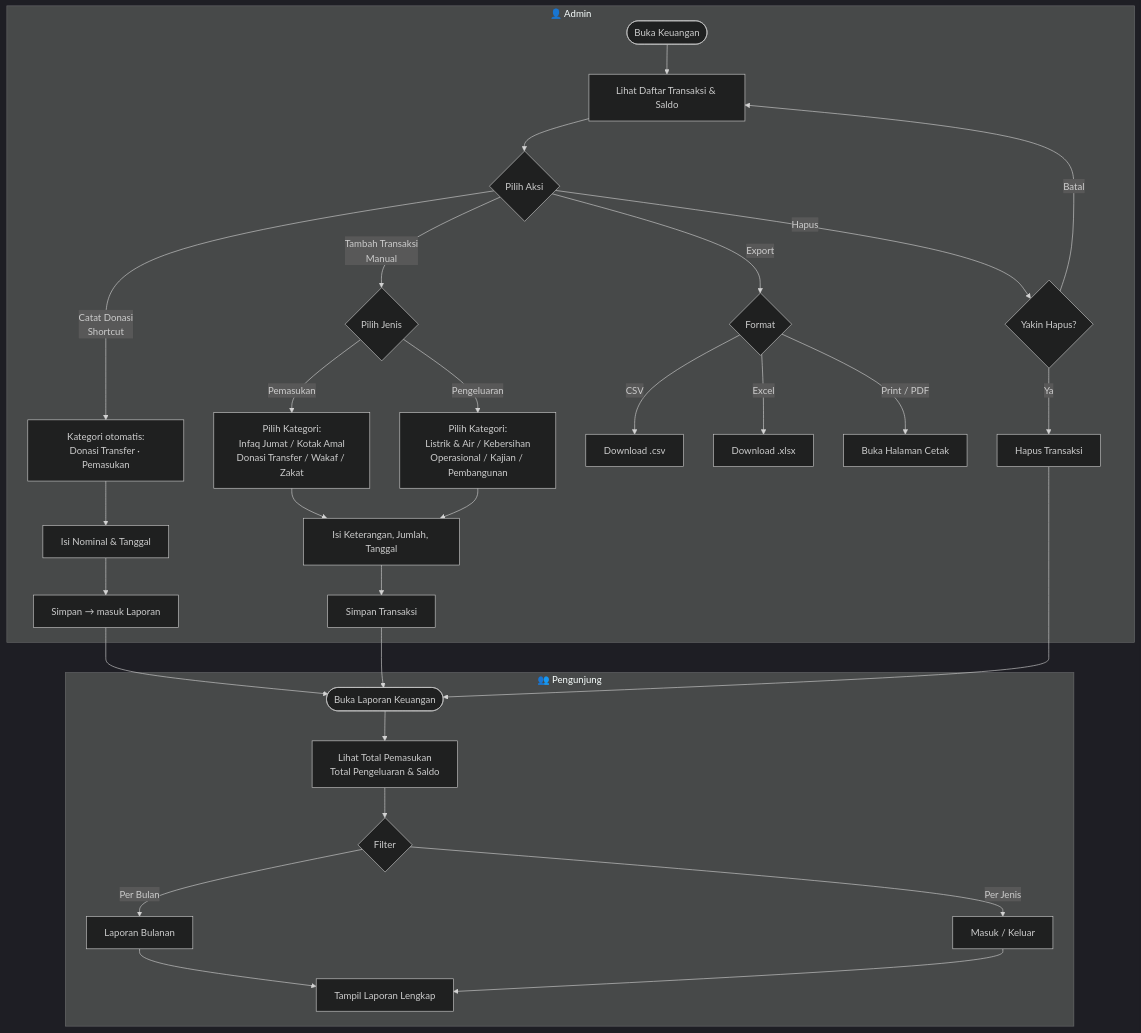
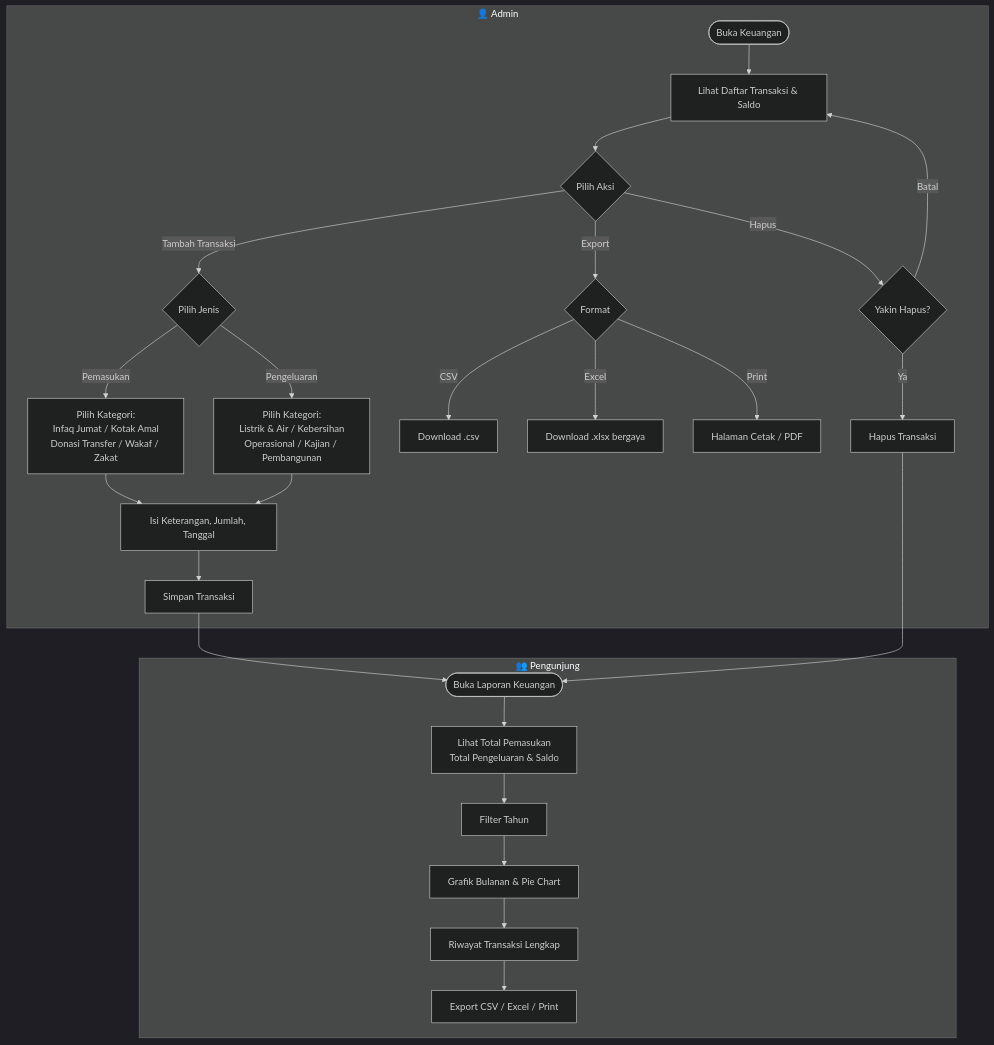
Before and after one commit to nabilhatami86/masjid-al-hidayah: the sixth of 7 diagrams in ERD.md, drawn with Mermaid (dark theme). The commit also changed other lines of this file and 19 other files, not shown here.

````diff
--- a/ERD.md
+++ b/ERD.md
@@ -300,40 +429,34 @@
 ```mermaid
 flowchart TD
     subgraph ADMIN["👤 Admin"]
         A1([Buka Keuangan]) --> A2[Lihat Daftar Transaksi & Saldo]
         A2 --> A3{Pilih Aksi}
 
-        A3 -- Catat Donasi\nShortcut --> A4[Kategori otomatis:\nDonasi Transfer · Pemasukan]
-        A4 --> A5[Isi Nominal & Tanggal]
-        A5 --> A6[Simpan → masuk Laporan]
+        A3 -- Tambah Transaksi --> A4{Pilih Jenis}
+        A4 -- Pemasukan --> A5[Pilih Kategori:\nInfaq Jumat / Kotak Amal\nDonasi Transfer / Wakaf / Zakat]
+        A4 -- Pengeluaran --> A6[Pilih Kategori:\nListrik & Air / Kebersihan\nOperasional / Kajian / Pembangunan]
+        A5 --> A7[Isi Keterangan, Jumlah, Tanggal]
+        A6 --> A7
+        A7 --> A8[Simpan Transaksi]
 
-        A3 -- Tambah Transaksi\nManual --> A7{Pilih Jenis}
-        A7 -- Pemasukan --> A8[Pilih Kategori:\nInfaq Jumat / Kotak Amal\nDonasi Transfer / Wakaf / Zakat]
-        A7 -- Pengeluaran --> A9[Pilih Kategori:\nListrik & Air / Kebersihan\nOperasional / Kajian / Pembangunan]
-        A8 --> A10[Isi Keterangan, Jumlah, Tanggal]
-        A9 --> A10
-        A10 --> A11[Simpan Transaksi]
+        A3 -- Export --> A9{Format}
+        A9 -- CSV --> A10[Download .csv]
+        A9 -- Excel --> A11[Download .xlsx bergaya]
+        A9 -- Print --> A12[Halaman Cetak / PDF]
 
-        A3 -- Export --> A12{Format}
-        A12 -- CSV --> A13[Download .csv]
-        A12 -- Excel --> A14[Download .xlsx]
-        A12 -- Print / PDF --> A15[Buka Halaman Cetak]
-
-        A3 -- Hapus --> A16{Yakin Hapus?}
-        A16 -- Batal --> A2
-        A16 -- Ya --> A17[Hapus Transaksi]
+        A3 -- Hapus --> A13{Yakin Hapus?}
+        A13 -- Batal --> A2
+        A13 -- Ya --> A14[Hapus Transaksi]
     end
 
     subgraph PUBLIK["👥 Pengunjung"]
         P1([Buka Laporan Keuangan]) --> P2[Lihat Total Pemasukan\nTotal Pengeluaran & Saldo]
-        P2 --> P3{Filter}
-        P3 -- Per Bulan --> P4[Laporan Bulanan]
-        P3 -- Per Jenis --> P5[Masuk / Keluar]
-        P4 --> P6[Tampil Laporan Lengkap]
-        P5 --> P6
+        P2 --> P3[Filter Tahun]
+        P3 --> P4[Grafik Bulanan & Pie Chart]
+        P4 --> P5[Riwayat Transaksi Lengkap]
+        P5 --> P6[Export CSV / Excel / Print]
     end
 
-    A6 --> P1
-    A11 --> P1
-    A17 --> P1
+    A8 --> P1
+    A14 --> P1
 ```
````
